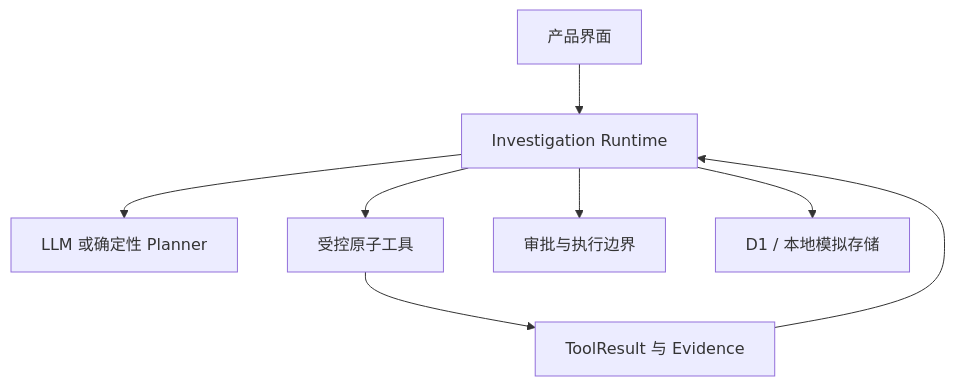
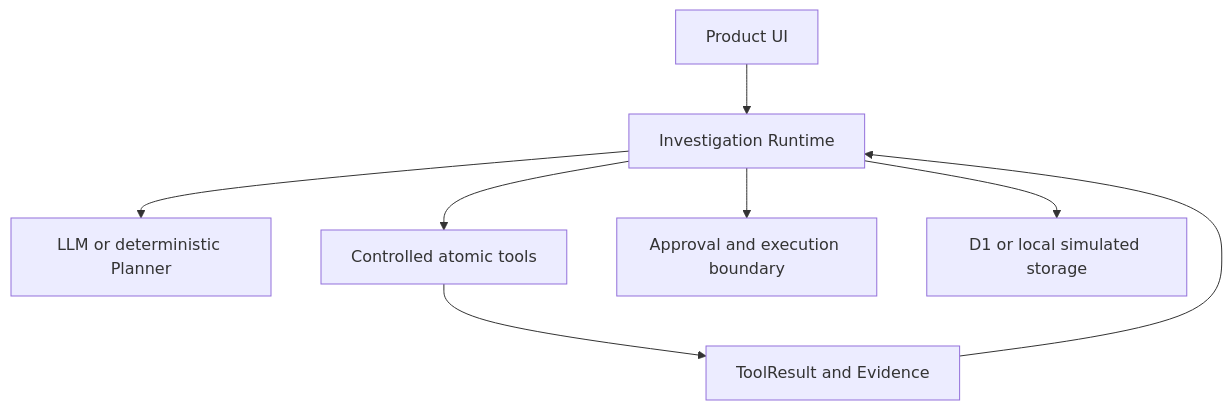
One commit to Eason4real/releaseguard-ai changed the second of 2 diagrams in README.md. Above: the diagram before and after it, drawn with Mermaid. The commit also changed other lines of this file and 13 other files, not shown here.

````diff
--- a/README.md
+++ b/README.md
@@ -51,10 +51,10 @@
 ```mermaid
 flowchart TD
-    UI[产品界面] --> Runtime[Investigation Runtime]
-    Runtime --> Planner[LLM 或确定性 Planner]
-    Runtime --> Tools[受控原子工具]
-    Tools --> Evidence[ToolResult 与 Evidence]
+    UI[Product UI] --> Runtime[Investigation Runtime]
+    Runtime --> Planner[LLM or deterministic Planner]
+    Runtime --> Tools[Controlled atomic tools]
+    Tools --> Evidence[ToolResult and Evidence]
     Evidence --> Runtime
-    Runtime --> Approval[审批与执行边界]
-    Runtime --> Store[D1 / 本地模拟存储]
+    Runtime --> Approval[Approval and execution boundary]
+    Runtime --> Store[D1 or local simulated storage]
 ```
````
